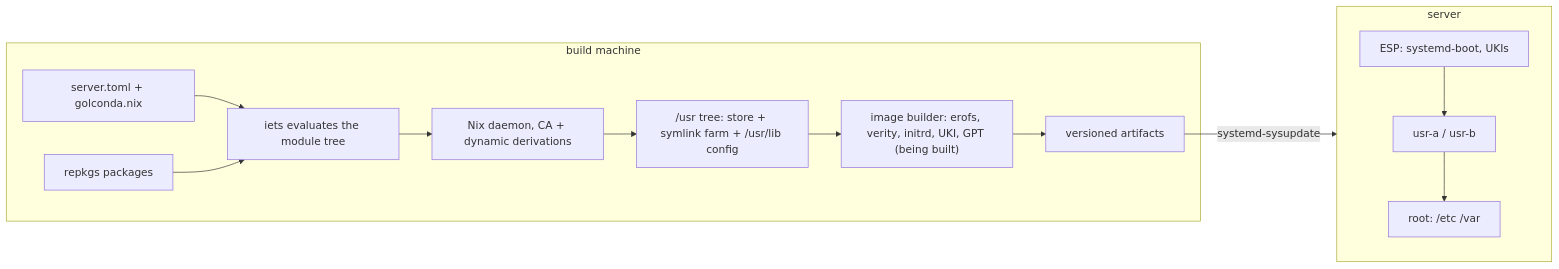
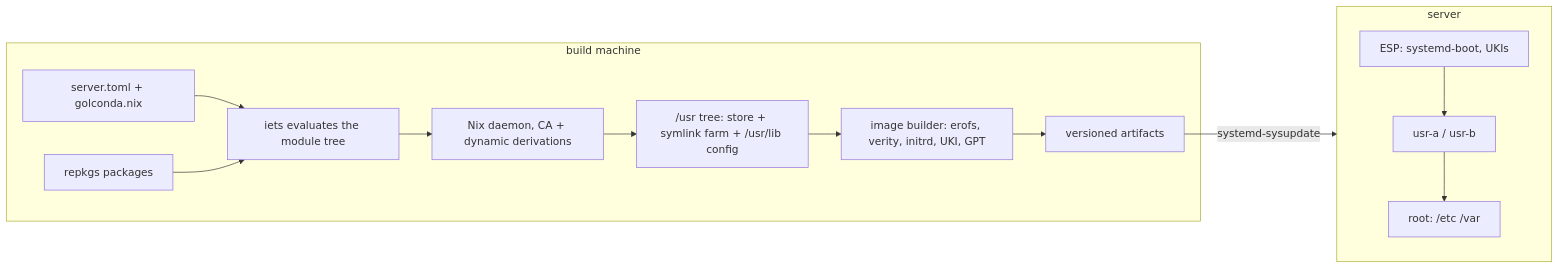
One commit to slophaer/golconda changed the diagram in docs/design/architecture.md. Above: the diagram before and after it, drawn with Mermaid. The commit also changed other lines of this file and 18 other files, not shown here.

````diff
--- a/docs/design/architecture.md
+++ b/docs/design/architecture.md
@@ -6,16 +6,16 @@
 ```mermaid
 flowchart LR
   subgraph build["build machine"]
     toml["server.toml + golconda.nix"] --> iets[iets evaluates the module tree]
     repkgs[repkgs packages] --> iets
     iets --> daemon[Nix daemon, CA + dynamic derivations]
     daemon --> usr["/usr tree: store + symlink farm + /usr/lib config"]
-    usr --> image["image builder: erofs, verity, initrd, UKI, GPT (being built)"]
+    usr --> image["image builder: erofs, verity, initrd, UKI, GPT"]
     image --> artifacts[versioned artifacts]
   end
   artifacts -->|systemd-sysupdate| machine
   subgraph machine["server"]
     esp[ESP: systemd-boot, UKIs] --> usrab["usr-a / usr-b"]
     usrab --> root["root: /etc /var"]
   end
 ```
````
